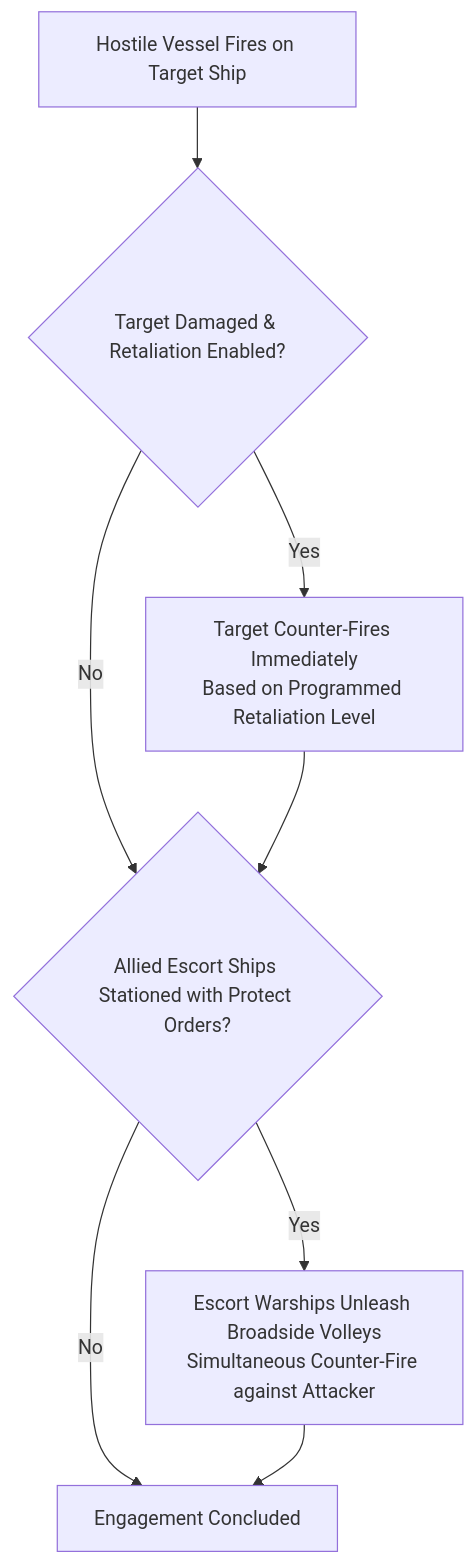
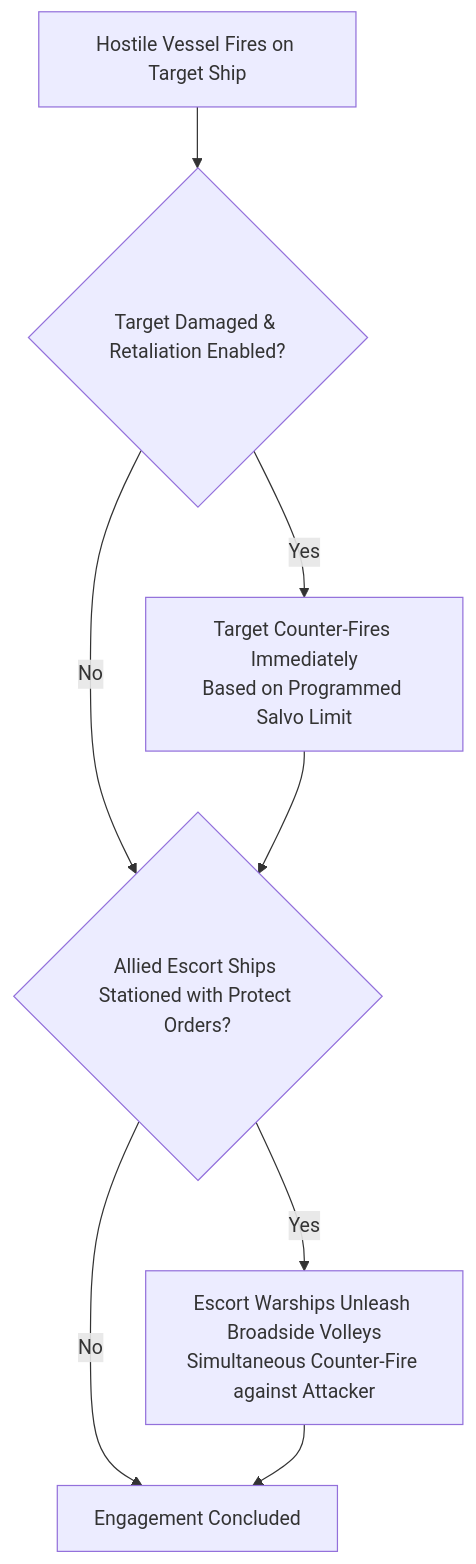
The fourth of 5 diagrams in docs/combat.md (kaladron/galactic-bloodshed), drawn with Mermaid before and after one commit. The commit also changed other lines of this file and 1 other file, not shown here.

First line of the commit message:
docs(naval): Document battery calibers, mass multipliers, and combat retaliation

````diff
--- a/docs/combat.md
+++ b/docs/combat.md
@@ -88,10 +104,10 @@
 ```mermaid
 flowchart TD
     Attacker["Hostile Vessel Fires on Target Ship"] --> DefCheck{"Target Damaged & Retaliation Enabled?"}
-    DefCheck -->|Yes| SelfRetal["Target Counter-Fires Immediately\nBased on Programmed Retaliation Level"]
+    DefCheck -->|Yes| SelfRetal["Target Counter-Fires Immediately\nBased on Programmed Salvo Limit"]
     DefCheck -->|No| EscortCheck
     SelfRetal --> EscortCheck{"Allied Escort Ships Stationed with Protect Orders?"}
     EscortCheck -->|Yes| EscortRetal["Escort Warships Unleash Broadside Volleys\nSimultaneous Counter-Fire against Attacker"]
     EscortCheck -->|No| EndCombat["Engagement Concluded"]
     EscortRetal --> EndCombat
 ```
````
